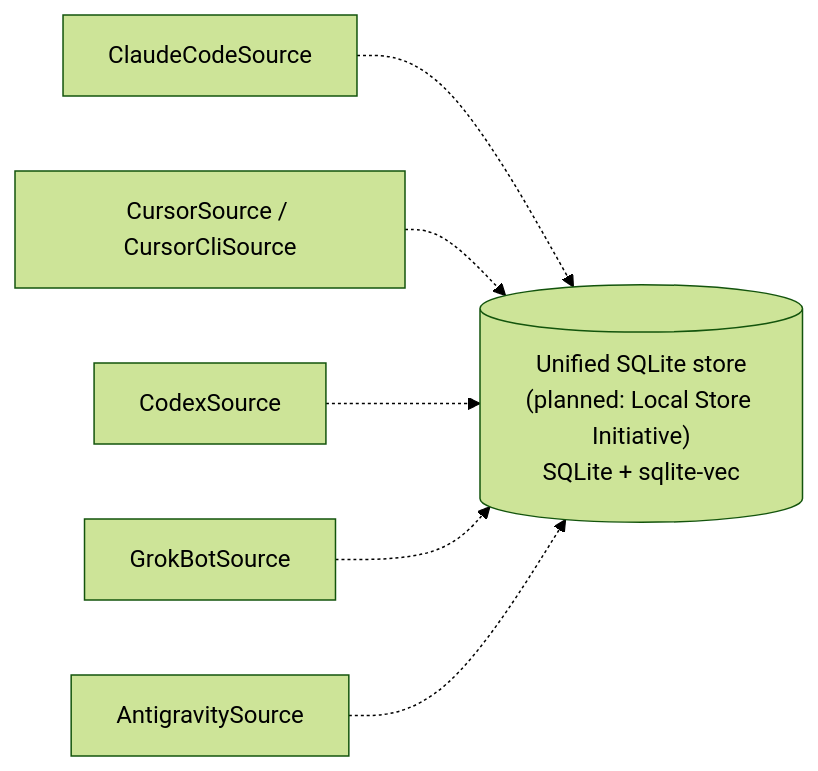
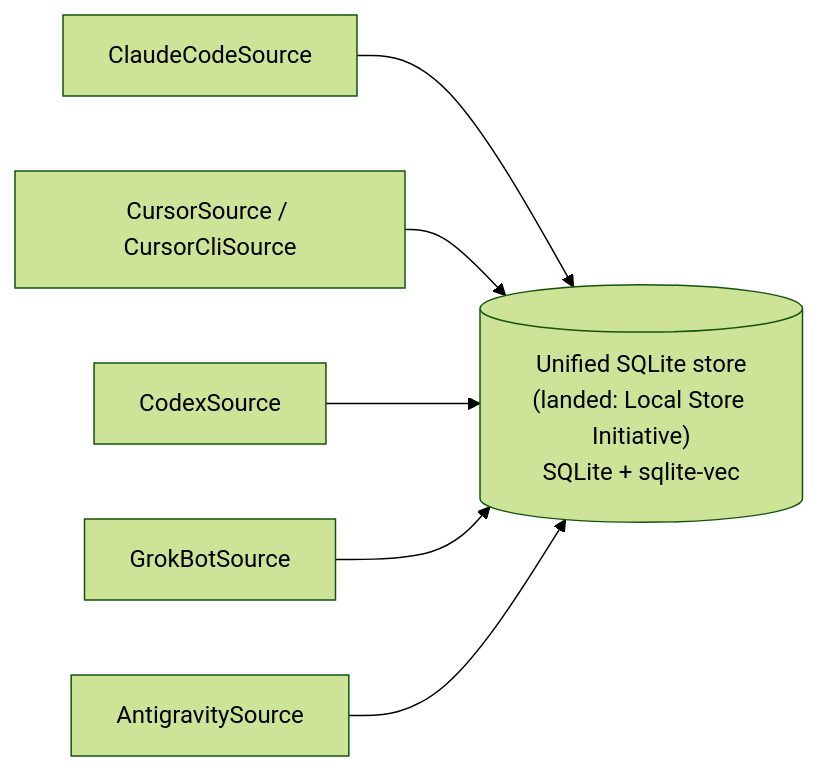
One commit to AnthusAI/BotSpy changed the third of 4 diagrams in docs/DESIGN.md. Above: the diagram before and after it, drawn with Mermaid (forest theme). The commit also changed other lines of this file and 4 other files, not shown here.

First line of the commit message:
docs: flip landed-store claims, add the store wiki page (BOTSPY-526284)

````diff
--- a/docs/DESIGN.md
+++ b/docs/DESIGN.md
@@ -298,9 +309,9 @@
 ```mermaid
 flowchart LR
-    CLA["ClaudeCodeSource"] -.-> STORE
-    CUR["CursorSource / CursorCliSource"] -.-> STORE
-    COD["CodexSource"] -.-> STORE
-    GRK["GrokBotSource"] -.-> STORE
-    ANT["AntigravitySource"] -.-> STORE
-    STORE[("Unified SQLite store<br/>(planned: Local Store Initiative)<br/>SQLite + sqlite-vec")]
+    CLA["ClaudeCodeSource"] --> STORE
+    CUR["CursorSource / CursorCliSource"] --> STORE
+    COD["CodexSource"] --> STORE
+    GRK["GrokBotSource"] --> STORE
+    ANT["AntigravitySource"] --> STORE
+    STORE[("Unified SQLite store<br/>(landed: Local Store Initiative)<br/>SQLite + sqlite-vec")]
 ```
````
